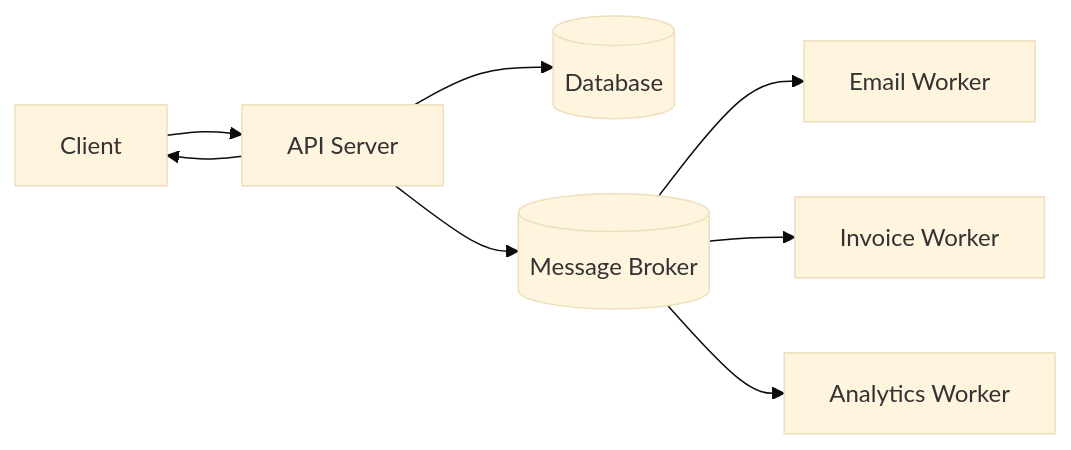
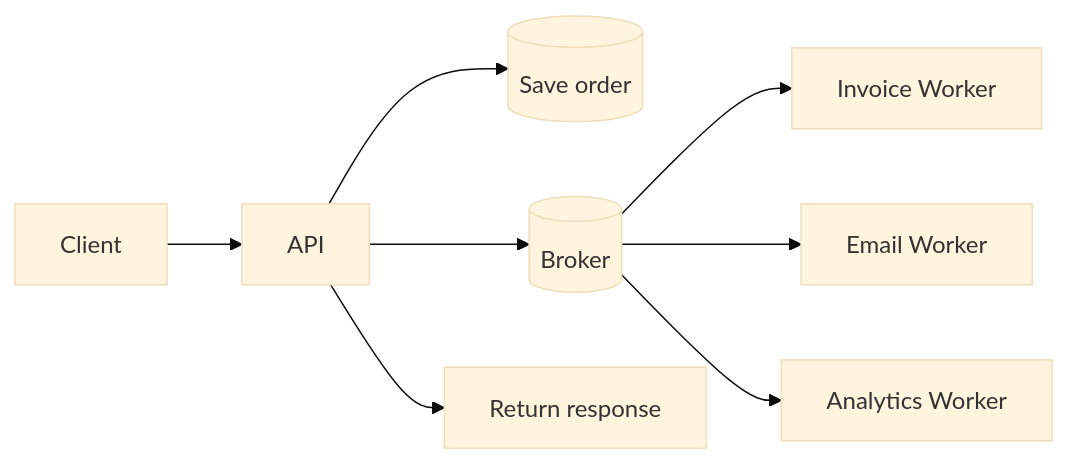
Before and after one commit to AvadhBhalodiya/Interview-Preparation: the second of 16 diagrams in src/content/task-processing/message-brokers-redis-rabbitmq-sqs.md, drawn with Mermaid (base theme). The commit also changed other lines of this file and 80 other files, not shown here.

````diff
--- a/src/content/task-processing/message-brokers-redis-rabbitmq-sqs.md
+++ b/src/content/task-processing/message-brokers-redis-rabbitmq-sqs.md
@@ -85,11 +47,11 @@
 ```mermaid
 flowchart LR
-    C[Client] --> API[API Server]
-    API --> DB[(Database)]
-    API --> B[(Message Broker)]
-    API --> C
+    U[Client] --> API[API]
+    API --> DB[(Save order)]
+    API --> B[(Broker)]
+    API --> R[Return response]
 
-    B --> W1[Email Worker]
-    B --> W2[Invoice Worker]
-    B --> W3[Analytics Worker]
+    B --> INV[Invoice Worker]
+    B --> MAIL[Email Worker]
+    B --> ANA[Analytics Worker]
 ```
````
